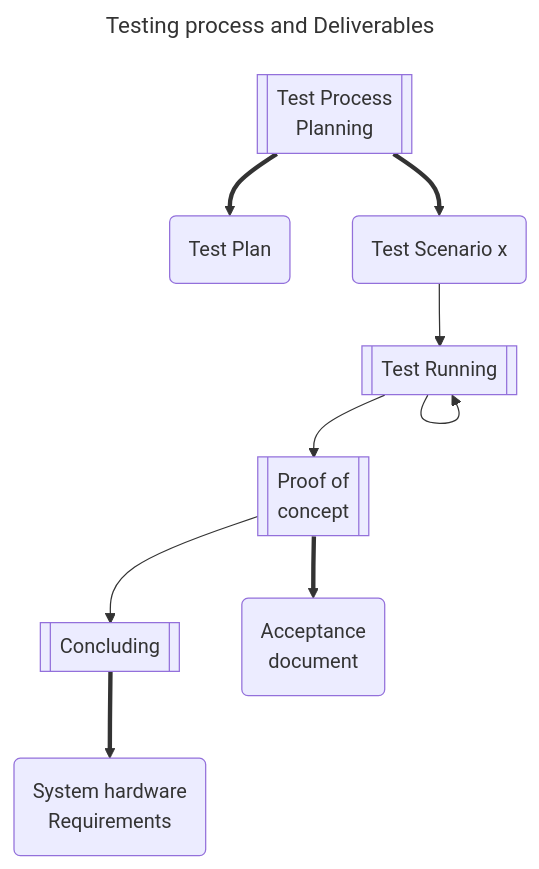
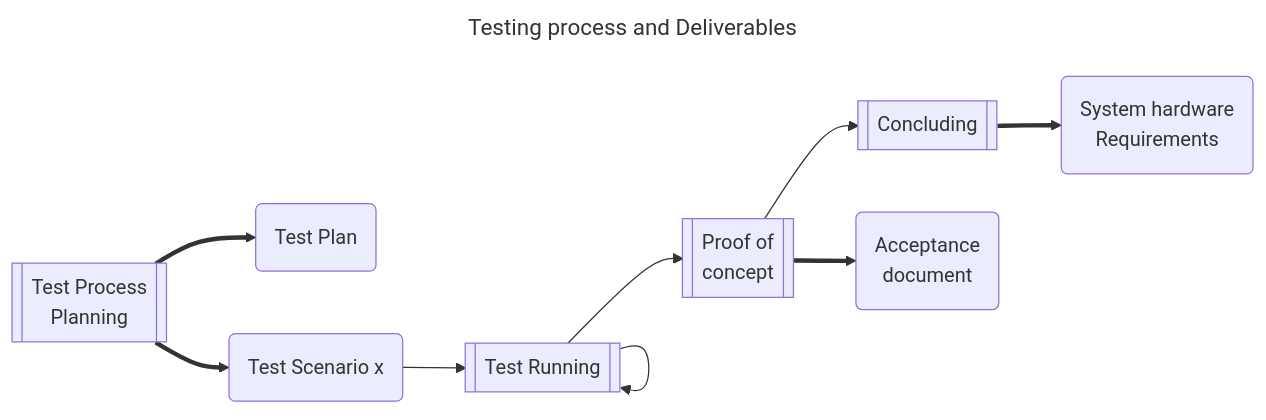
One commit to petre-renware/sdeven changed the second of 2 diagrams in doc_src/SDEVEN.25_SYTEST.md. Above: the diagram before and after it, drawn with Mermaid. The commit also changed other lines of this file, not shown here.

````diff
--- a/doc_src/SDEVEN.25_SYTEST.md
+++ b/doc_src/SDEVEN.25_SYTEST.md
@@ -200,30 +200,30 @@
 ```mermaid
 ---
 title: Testing process and Deliverables
 ---
-flowchart TD
+flowchart LR
     pln[["Test Process \n Planning"]]
     exec[["Test Running"]]
     poc[["Proof of \n concept"]]
     concl[["Concluding"]]
 
     tpln("Test Plan")
     tsce("Test Scenario x")
     pocdoc("Acceptance \n document")
     sysrq("System hardware \n Requirements")
 
 
     pln ==> tpln
     pln ==> tsce
 
     tsce --> exec
     exec --> exec
     exec --> poc
 
     poc --> concl
 
     poc ==> pocdoc
     concl ==> sysrq
 
 
 ```
````
